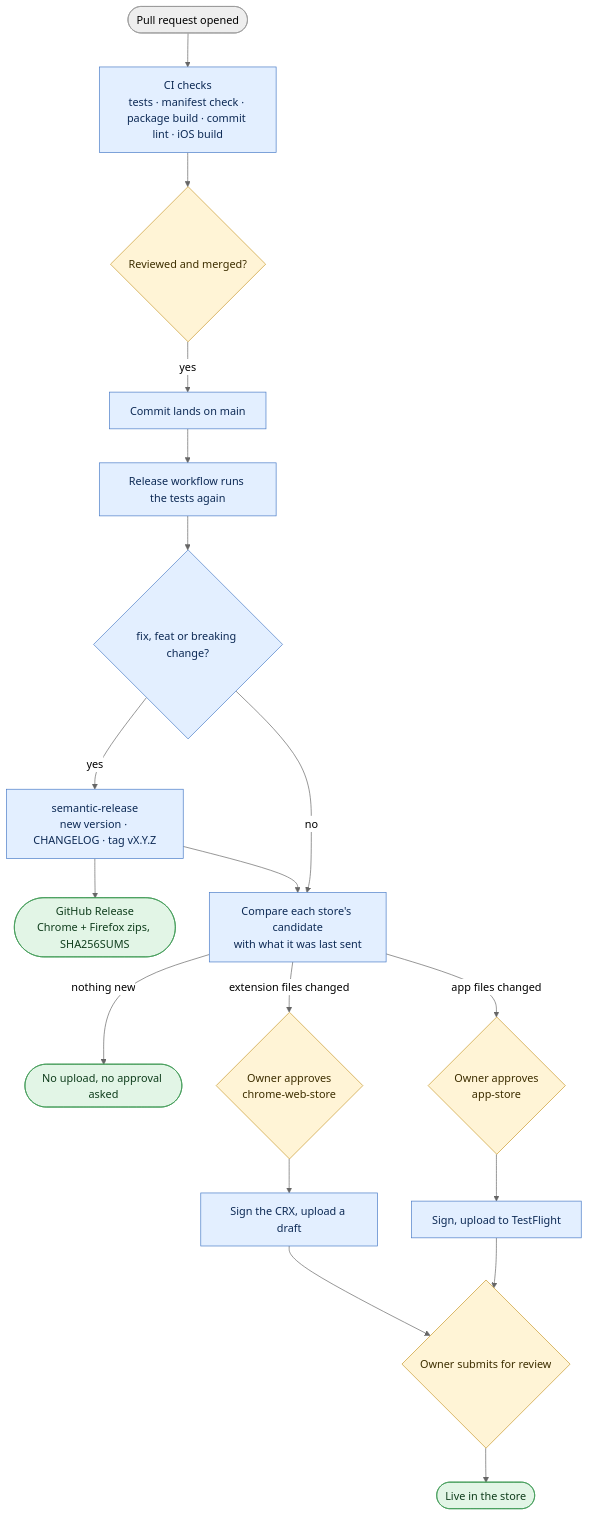
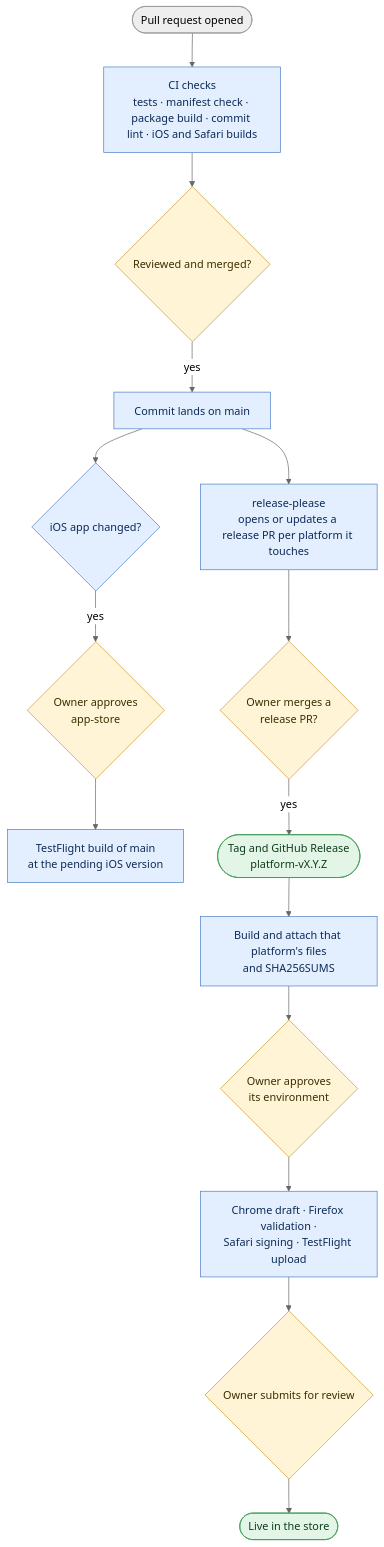
The diagram in docs/RELEASING.md (maubergine/voucherboard), drawn with Mermaid (neutral theme) before and after one commit. The commit also changed other lines of this file and 53 other files, not shown here.

````diff
--- a/docs/RELEASING.md
+++ b/docs/RELEASING.md
@@ -12,27 +49,24 @@
 ```mermaid
 flowchart TD
-  pr(["Pull request opened"]) --> ci["CI checks<br/>tests · manifest check · package build · commit lint · iOS build"]
+  pr(["Pull request opened"]) --> ci["CI checks<br/>tests · manifest check · package build · commit lint · iOS and Safari builds"]
   ci --> merge{"Reviewed and merged?"}
   merge -->|yes| main["Commit lands on main"]
-  main --> tests["Release workflow runs the tests again"]
-  tests --> bump{"fix, feat or breaking change?"}
-  bump -->|yes| version["semantic-release<br/>new version · CHANGELOG · tag vX.Y.Z"]
-  version --> ghr(["GitHub Release<br/>Chrome + Firefox zips, SHA256SUMS"])
-  bump -->|no| changes
-  version --> changes["Compare each store's candidate<br/>with what it was last sent"]
-  changes -->|"nothing new"| skip(["No upload, no approval asked"])
-  changes -->|"extension files changed"| approve{"Owner approves<br/>chrome-web-store"}
-  changes -->|"app files changed"| approveios{"Owner approves<br/>app-store"}
-  approve --> upload["Sign the CRX, upload a draft"]
-  approveios --> tf["Sign, upload to TestFlight"]
-  upload --> submit{"Owner submits for review"}
-  tf --> submit
+  main --> rp["release-please<br/>opens or updates a release PR per platform it touches"]
+  main --> tfmain{"iOS app changed?"}
+  tfmain -->|yes| approvetf{"Owner approves<br/>app-store"}
+  approvetf --> tfpending["TestFlight build of main<br/>at the pending iOS version"]
+  rp --> rmerge{"Owner merges a<br/>release PR?"}
+  rmerge -->|yes| tag(["Tag and GitHub Release<br/>platform-vX.Y.Z"])
+  tag --> files["Build and attach that platform's files<br/>and SHA256SUMS"]
+  files --> approve{"Owner approves<br/>its environment"}
+  approve --> store["Chrome draft · Firefox validation ·<br/>Safari signing · TestFlight upload"]
+  store --> submit{"Owner submits for review"}
   submit --> live(["Live in the store"])
 
   classDef person fill:#fff4d6,stroke:#c99a2e,color:#3d2e00
   classDef auto fill:#e3efff,stroke:#4a7cc7,color:#0d2a55
   classDef done fill:#e2f5e6,stroke:#3f9a55,color:#0f3d1c
-  class merge,approve,approveios,submit person
-  class ci,main,tests,bump,version,changes,upload,tf auto
-  class ghr,skip,live done
+  class merge,rmerge,approve,approvetf,submit person
+  class ci,main,rp,tfmain,files,store,tfpending auto
+  class tag,live done
 ```
````
